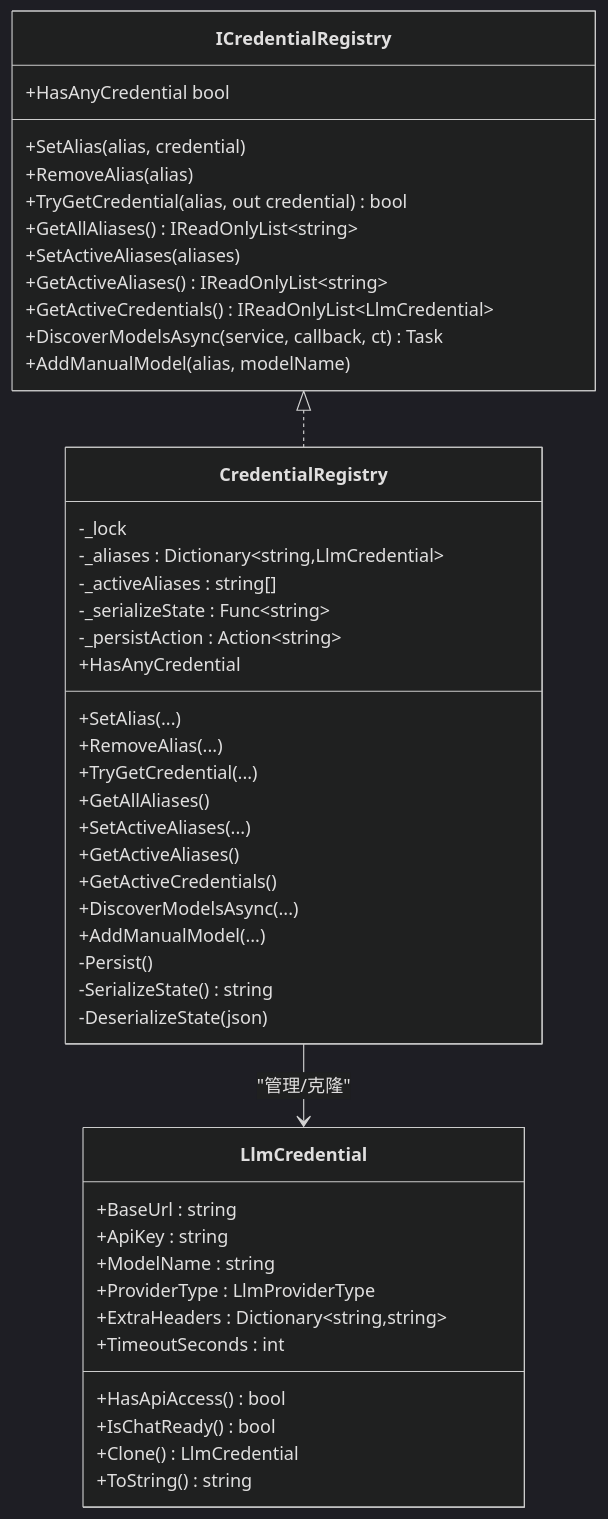
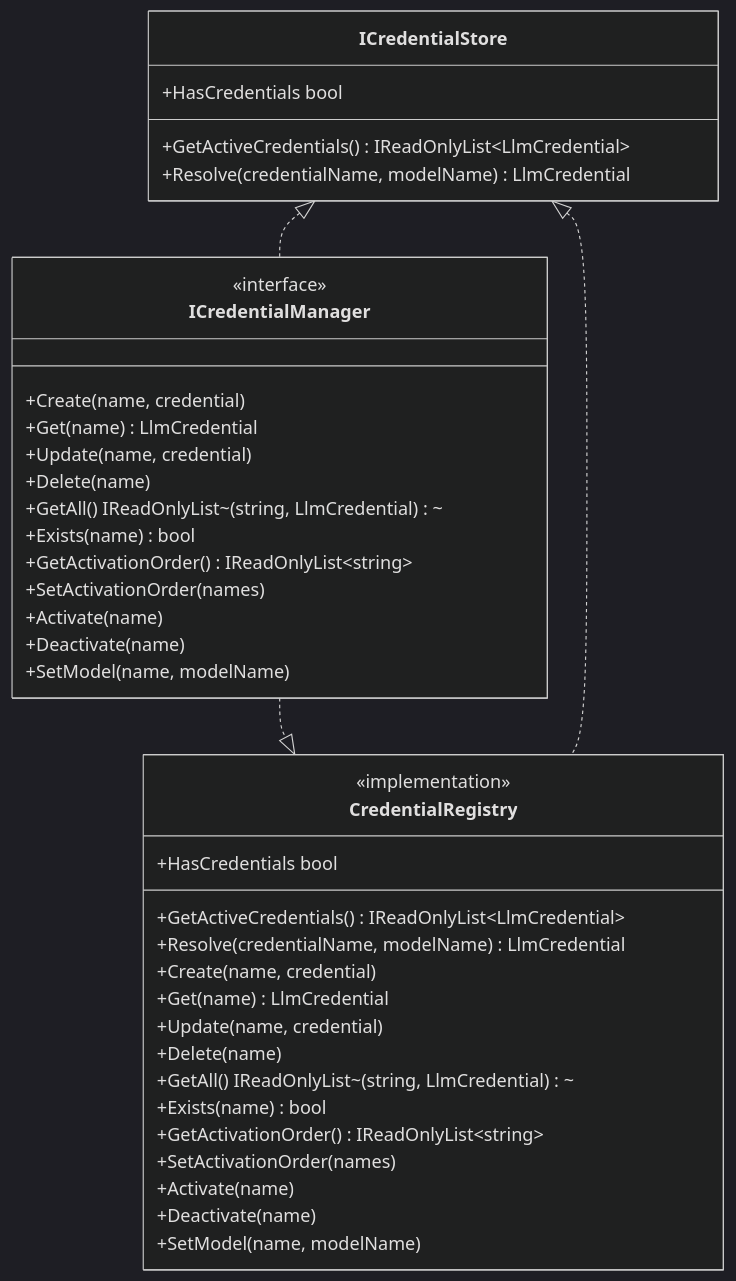
One commit to suzvka/NPCLife changed the third of 5 diagrams in .qoder/repowiki/zh/content/基础设施实现/凭证管理.md. Above: the diagram before and after it, drawn with Mermaid (dark theme). The commit also changed other lines of this file and 11 other files, not shown here.

````diff
--- a/.qoder/repowiki/zh/content/基础设施实现/凭证管理.md
+++ b/.qoder/repowiki/zh/content/基础设施实现/凭证管理.md
@@ -164,49 +178,42 @@
 ```mermaid
 classDiagram
-class ICredentialRegistry {
-+SetAlias(alias, credential)
-+RemoveAlias(alias)
-+TryGetCredential(alias, out credential) bool
-+GetAllAliases() IReadOnlyList~string~
-+HasAnyCredential bool
-+SetActiveAliases(aliases)
-+GetActiveAliases() IReadOnlyList~string~
+class ICredentialStore {
 +GetActiveCredentials() IReadOnlyList~LlmCredential~
-+DiscoverModelsAsync(service, callback, ct) Task
-+AddManualModel(alias, modelName)
++HasCredentials bool
++Resolve(credentialName, modelName) LlmCredential
+}
+class ICredentialManager {
+<<interface>>
++Create(name, credential)
++Get(name) LlmCredential
++Update(name, credential)
++Delete(name)
++GetAll() IReadOnlyList~(string, LlmCredential)~
++Exists(name) bool
++GetActivationOrder() IReadOnlyList~string~
++SetActivationOrder(names)
++Activate(name)
++Deactivate(name)
++SetModel(name, modelName)
 }
 class CredentialRegistry {
--_lock
--_aliases : Dictionary~string,LlmCredential~
--_activeAliases : string[]
--_serializeState : Func~string~
--_persistAction : Action~string~
-+SetAlias(...)
-+RemoveAlias(...)
-+TryGetCredential(...)
-+GetAllAliases()
-+HasAnyCredential
-+SetActiveAliases(...)
-+GetActiveAliases()
-+GetActiveCredentials()
-+DiscoverModelsAsync(...)
-+AddManualModel(...)
--Persist()
--SerializeState() string
--DeserializeState(json)
+<<implementation>>
++GetActiveCredentials() IReadOnlyList~LlmCredential~
++HasCredentials bool
++Resolve(credentialName, modelName) LlmCredential
++Create(name, credential)
++Get(name) LlmCredential
++Update(name, credential)
++Delete(name)
++GetAll() IReadOnlyList~(string, LlmCredential)~
++Exists(name) bool
++GetActivationOrder() IReadOnlyList~string~
++SetActivationOrder(names)
++Activate(name)
++Deactivate(name)
++SetModel(name, modelName)
 }
-class LlmCredential {
-+BaseUrl : string
-+ApiKey : string
-+ModelName : string
-+ProviderType : LlmProviderType
-+ExtraHeaders : Dictionary~string,string~
-+TimeoutSeconds : int
-+HasApiAccess() bool
-+IsChatReady() bool
-+Clone() LlmCredential
-+ToString() string
-}
-ICredentialRegistry <|.. CredentialRegistry
-CredentialRegistry --> LlmCredential : "管理/克隆"
+ICredentialStore <|.. ICredentialManager
+ICredentialManager ..|> CredentialRegistry
+ICredentialStore <|.. CredentialRegistry
 ```
````
